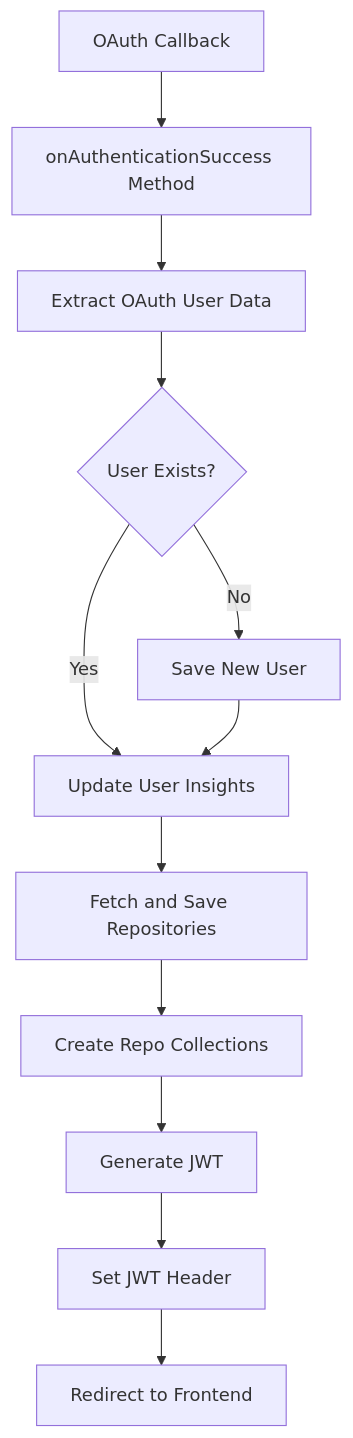
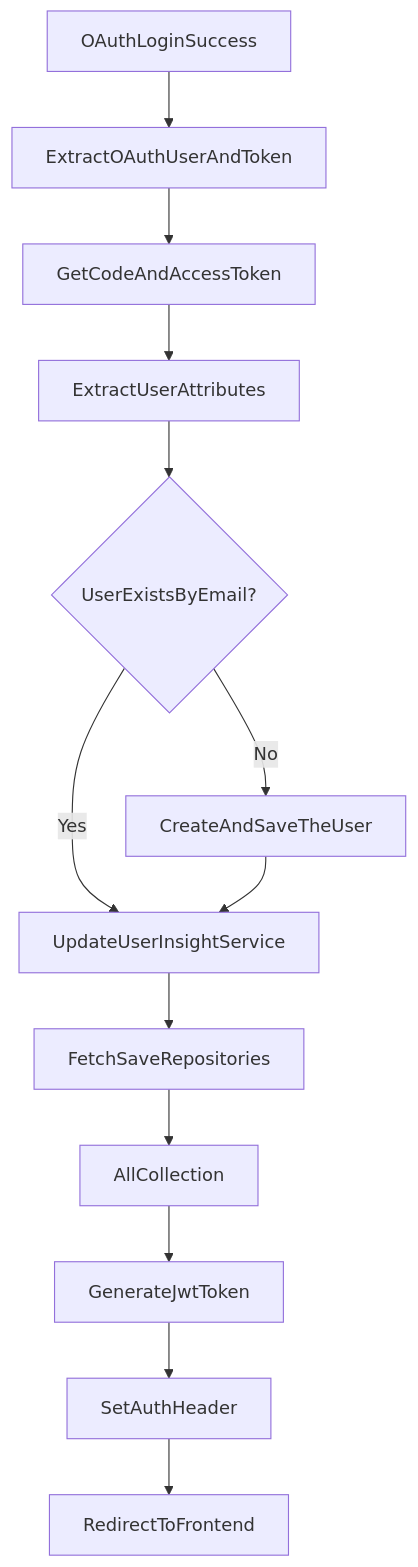
One commit to test-company-prowiz/Easy-Repo changed the diagram in docs/Github-Repository-Management/src/main/java/com/Barsat/Github/Repository/Management/Config/OAuth/OAuthSuccessionHandler.java.md. Above: the diagram before and after it, drawn with Mermaid. The commit also changed other lines of this file, not shown here.

Commit message:
[AI-DOC] docs: auto-generated documentation for docs/Github-Repository-Management/src/main/java/com/Barsat/Github/Repository/Management/Config/OAuth/OAuthSuccessionHandler.java.md

````diff
--- a/docs/Github-Repository-Management/src/main/java/com/Barsat/Github/Repository/Management/Config/OAuth/OAuthSuccessionHandler.java.md
+++ b/docs/Github-Repository-Management/src/main/java/com/Barsat/Github/Repository/Management/Config/OAuth/OAuthSuccessionHandler.java.md
@@ -43,14 +67,15 @@
 ```mermaid
 graph TD
-A[OAuth Callback] --> B[onAuthenticationSuccess Method]
-B --> C[Extract OAuth User Data]
-C --> D{User Exists?}
-D -- No --> E[Save New User]
-D -- Yes --> F[Update User Insights]
-E --> F
-F --> G[Fetch and Save Repositories]
-G --> H[Create Repo Collections]
-H --> I[Generate JWT]
-I --> J[Set JWT Header]
-J --> K[Redirect to Frontend]
+A[OAuthLoginSuccess] --> B[ExtractOAuthUserAndToken]
+B --> C[GetCodeAndAccessToken]
+C --> D[ExtractUserAttributes]
+D --> E{UserExistsByEmail?}
+E -- No --> F[CreateAndSaveTheUser]
+E -- Yes --> G[UpdateUserInsightService]
+F --> G
+G --> H[FetchSaveRepositories]
+H --> I[AllCollection]
+I --> J[GenerateJwtToken]
+J --> K[SetAuthHeader]
+K --> L[RedirectToFrontend]
 ```
````
